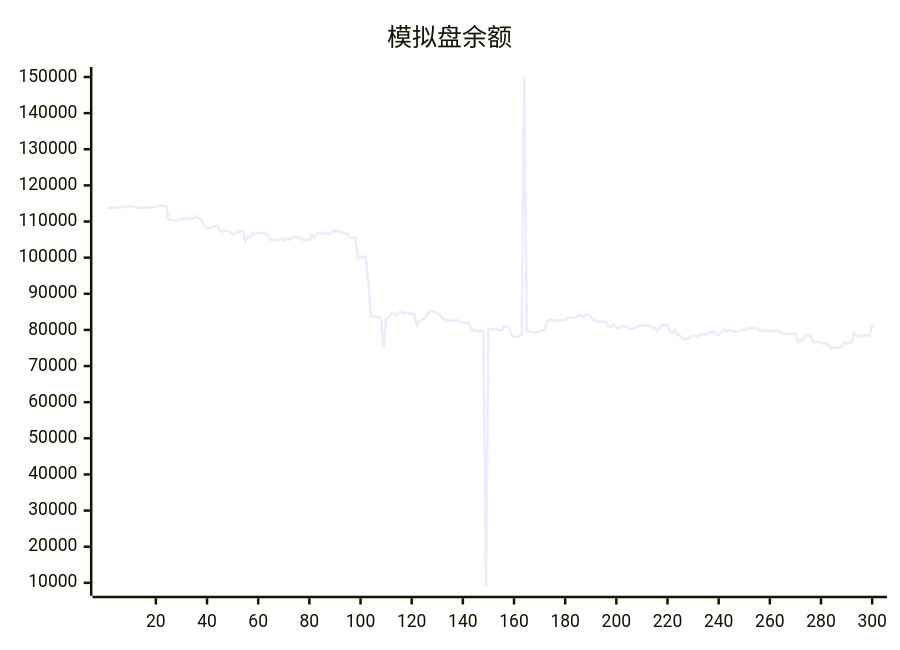
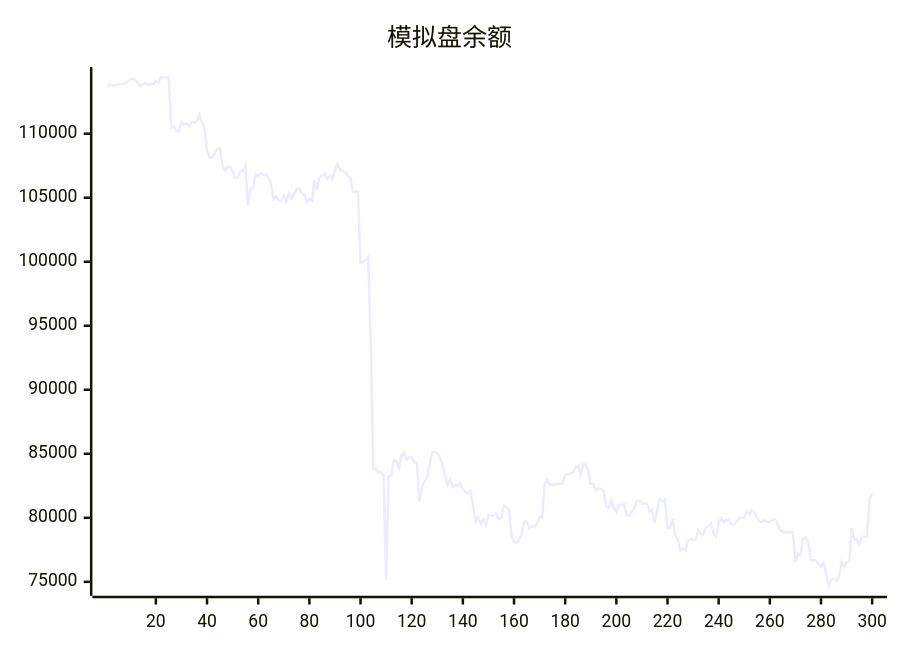
One commit to aahl/ai-trading changed the diagram in README.md. Above: the diagram before and after it, drawn with Mermaid. The commit also changed other lines of this file and 1 other file, not shown here.

````diff
--- a/README.md
+++ b/README.md
@@ -5,5 +5,5 @@
 ```mermaid
 xychart
     title "模拟盘余额"
-    line [113901,113794,113784,113810,113848,113927,113929,114064,114232,114293,114144,113960,113698,113853,113942,113812,113908,113877,114091,113998,114427,114422,114384,114384,110477,110576,110198,110198,110890,110712,110812,110569,110929,110847,110968,111478,110870,110433,108661,108116,108115,108485,108797,108877,107536,107134,107393,107393,107046,106565,106565,107081,107081,107478,104404,105715,105749,106866,106651,106889,106771,106816,106565,106141,104876,105103,104796,104734,105169,104690,105380,104941,105272,105709,105739,105374,105227,104691,104924,104762,106364,105628,106608,106748,106872,106485,106721,106468,107132,107620,107224,107080,107001,106717,106567,105431,105431,105440,99950,100017,100113,100337,93749,83795,83807,83567,83567,83342,75168,83222,83336,84448,84449,83896,84839,85065,84499,84757,84757,84364,84347,81254,82385,82835,83184,84099,85150,85150,85002,84751,84096,83356,82582,82983,82404,82572,82512,82688,82200,82047,81920,82125,80840,79688,80060,79552,79920,79470,9193,80236,80208,80170,80336,79894,80006,80954,80837,80712,78561,78139,78037,78293,78682,150000,79720,79720,79214,79372,79279,79591,80046,79993,82625,82950,82626,82571,82633,82670,82670,82681,83386,83378,83464,83579,83920,84037,83402,84160,84142,83652,82655,82655,82145,82315,82243,82163,80934,80770,81371,80742,80468,80989,80989,81067,80191,80155,80450,80737,81309,81309,81106,81119,81119,80471,80631,79624,80670,81448,81290,81429,79212,79222,79940,78643,78380,77432,77623,77504,78235,78358,78284,78277,79048,78714,78714,79290,79308,79567,78763,78563,79603,79988,79652,79813,79813,79476,79469,79673,79995,80015,80015,80486,80314,80600,80436,79966,79689,79689,79819,79692,79692,79850,79850,79518,79071,78889,78850,78850,78878,78878,76554,77202,77103,78357,78510,78106,76678,76677,76672,76411,76159,76485,75656,74695,75197,75246,75052,75334,76564,76179,76553,76551,79196,78300,78300,77944,78531,78531,78521,81564]
+    line [113701,113901,113794,113784,113810,113848,113927,113929,114064,114232,114293,114144,113960,113698,113853,113942,113812,113908,113877,114091,113998,114427,114422,114384,114384,110477,110576,110198,110198,110890,110712,110812,110569,110929,110847,110968,111478,110870,110433,108661,108116,108115,108485,108797,108877,107536,107134,107393,107393,107046,106565,106565,107081,107081,107478,104404,105715,105749,106866,106651,106889,106771,106816,106565,106141,104876,105103,104796,104734,105169,104690,105380,104941,105272,105709,105739,105374,105227,104691,104924,104762,106364,105628,106608,106748,106872,106485,106721,106468,107132,107620,107224,107080,107001,106717,106567,105431,105431,105440,99950,100017,100113,100337,93749,83795,83807,83567,83567,83342,75168,83222,83336,84448,84449,83896,84839,85065,84499,84757,84757,84364,84347,81254,82385,82835,83184,84099,85150,85150,85002,84751,84096,83356,82582,82983,82404,82572,82512,82688,82200,82047,81920,82125,80840,79688,80060,79552,79920,79470,80236,80208,80170,80336,79894,80006,80954,80837,80712,78561,78139,78037,78293,78682,79720,79720,79214,79372,79279,79591,80046,79993,82625,82950,82626,82571,82633,82670,82670,82681,83386,83378,83464,83579,83920,84037,83402,84160,84142,83652,82655,82655,82145,82315,82243,82163,80934,80770,81371,80742,80468,80989,80989,81067,80191,80155,80450,80737,81309,81309,81106,81119,81119,80471,80631,79624,80670,81448,81290,81429,79212,79222,79940,78643,78380,77432,77623,77504,78235,78358,78284,78277,79048,78714,78714,79290,79308,79567,78763,78563,79603,79988,79652,79813,79813,79476,79469,79673,79995,80015,80015,80486,80314,80600,80436,79966,79689,79689,79819,79692,79692,79850,79850,79518,79071,78889,78850,78850,78878,78878,76554,77202,77103,78357,78510,78106,76678,76677,76672,76411,76159,76485,75656,74695,75197,75246,75052,75334,76564,76179,76553,76551,79196,78300,78300,77944,78531,78531,78521,81564,81884]
 ```
````
